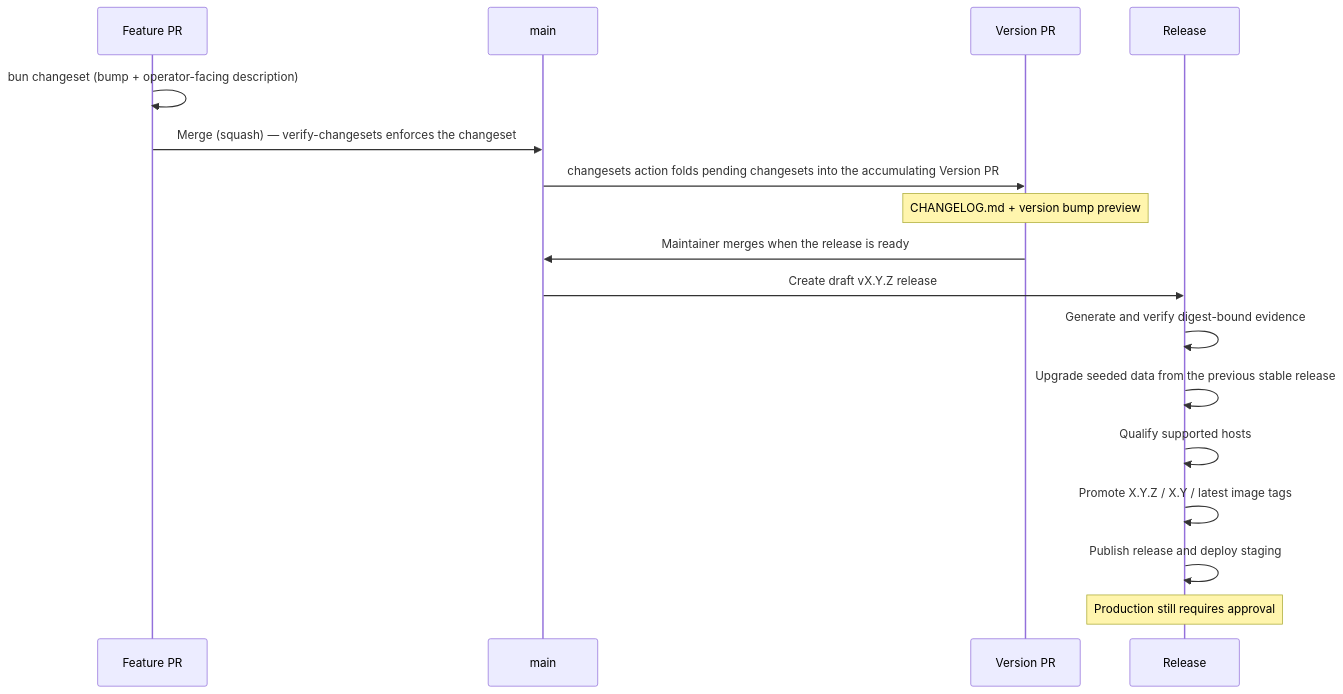
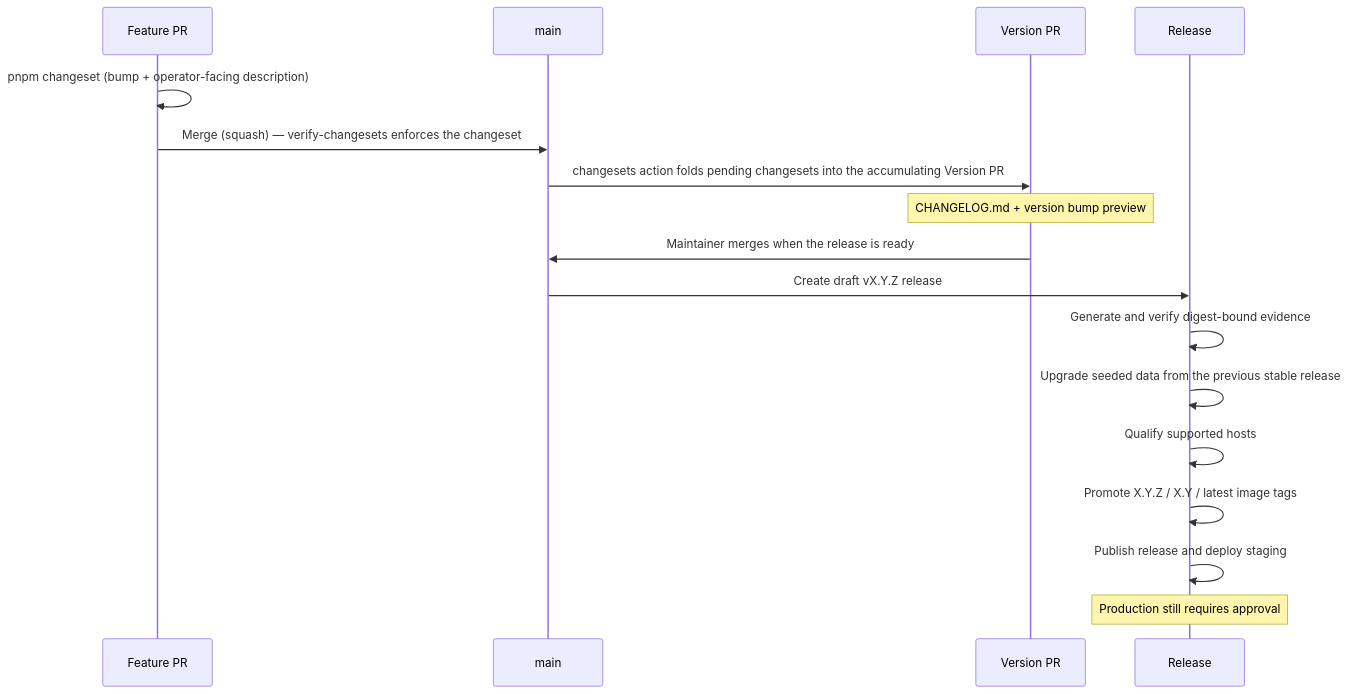
Before and after one commit to ls1intum/Hephaestus: the diagram in docs/contributor/release-management.mdx, drawn with Mermaid. The commit also changed other lines of this file and 116 other files, not shown here.

````diff
--- a/docs/contributor/release-management.mdx
+++ b/docs/contributor/release-management.mdx
@@ -21,22 +21,22 @@
 ```mermaid
 sequenceDiagram
     accTitle: Changesets release workflow
     accDescr: Feature pull requests add changesets, the version pull request consumes them, and merging the version pull request publishes the release.
     participant PR as Feature PR
     participant M as main
     participant VP as Version PR
     participant R as Release
 
-    PR->>PR: bun changeset (bump + operator-facing description)
+    PR->>PR: pnpm changeset (bump + operator-facing description)
     PR->>M: Merge (squash) — verify-changesets enforces the changeset
     M->>VP: changesets action folds pending changesets into the accumulating Version PR
     Note over VP: CHANGELOG.md + version bump preview
     VP->>M: Maintainer merges when the release is ready
     M->>R: Create draft vX.Y.Z release
     R->>R: Generate and verify digest-bound evidence
     R->>R: Upgrade seeded data from the previous stable release
     R->>R: Qualify supported hosts
     R->>R: Promote X.Y.Z / X.Y / latest image tags
     R->>R: Publish release and deploy staging
     Note over R: Production still requires approval
 ```
````
